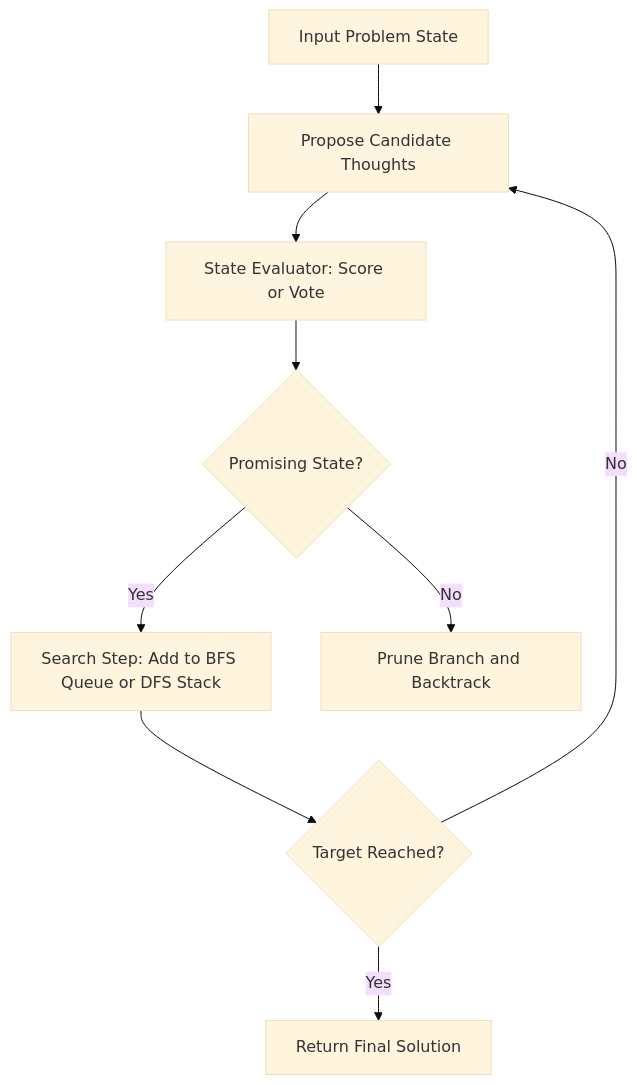
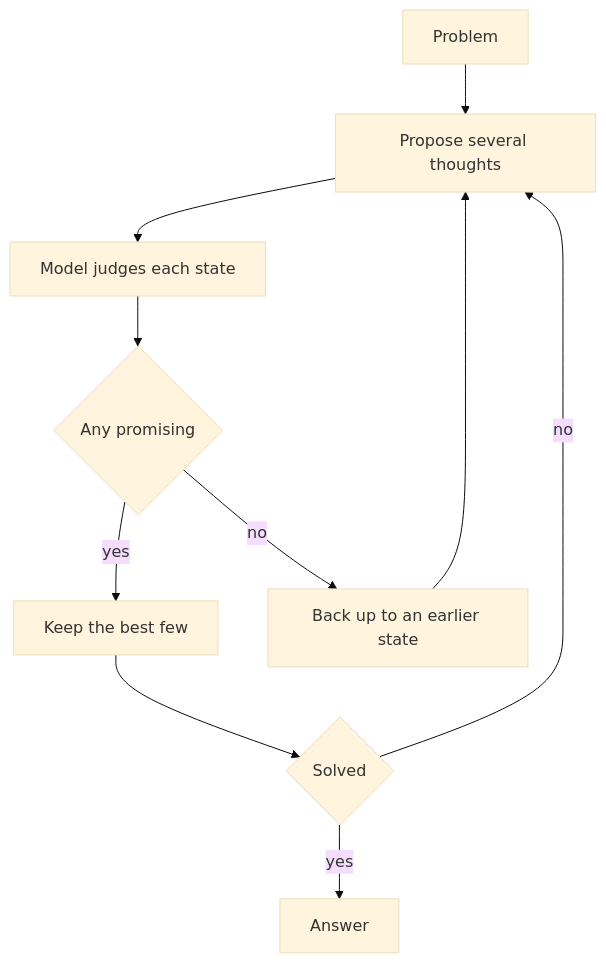
The diagram in content/papers/tree-of-thoughts-deliberate-problem-solving-with-large-langu.md (Tarunsai08/PaperStack), drawn with Mermaid (base theme) before and after one commit. The commit also changed other lines of this file and 14 other files, not shown here.

````diff
--- a/content/papers/tree-of-thoughts-deliberate-problem-solving-with-large-langu.md
+++ b/content/papers/tree-of-thoughts-deliberate-problem-solving-with-large-langu.md
@@ -125,11 +92,12 @@
 ```mermaid
 flowchart TD
-    Root[Input Problem State] --> Gen[Propose Candidate Thoughts]
-    Gen --> Eval[State Evaluator: Score or Vote]
-    Eval --> Check{Promising State?}
-    Check -- Yes --> Search[Search Step: Add to BFS Queue or DFS Stack]
-    Check -- No --> Prune[Prune Branch and Backtrack]
-    Search --> Done{Target Reached?}
-    Done -- No --> Gen
-    Done -- Yes --> Final[Return Final Solution]
+  A[Problem] --> B[Propose several thoughts]
+  B --> C[Model judges each state]
+  C --> D{Any promising}
+  D -- yes --> E[Keep the best few]
+  E --> F{Solved}
+  F -- no --> B
+  F -- yes --> G[Answer]
+  D -- no --> H[Back up to an earlier state]
+  H --> B
 ```
````
